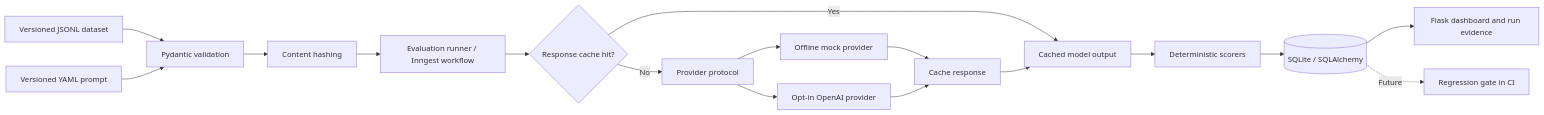
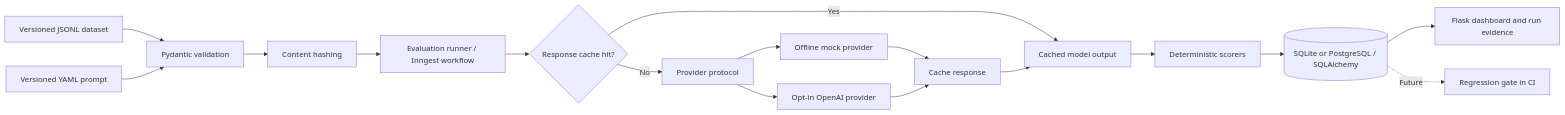
Before and after one commit to Sujay1709/evalbench-ai: the first of 3 diagrams in README.md, drawn with Mermaid. The commit also changed other lines of this file and 16 other files, not shown here.

Commit message:
feat: add secure Supabase PostgreSQL integration

````diff
--- a/README.md
+++ b/README.md
@@ -45,19 +46,19 @@
 ```mermaid
 flowchart LR
     D["Versioned JSONL dataset"] --> V["Pydantic validation"]
     P["Versioned YAML prompt"] --> V
     V --> H["Content hashing"]
     H --> R["Evaluation runner / Inngest workflow"]
     R --> C{"Response cache hit?"}
     C -- Yes --> O["Cached model output"]
     C -- No --> S["Provider protocol"]
     S --> M["Offline mock provider"]
     S --> L["Opt-in OpenAI provider"]
     M --> W["Cache response"]
     L --> W
     W --> O
     O --> E["Deterministic scorers"]
-    E --> DB[("SQLite / SQLAlchemy")]
+    E --> DB[("SQLite or PostgreSQL / SQLAlchemy")]
     DB --> UI["Flask dashboard and run evidence"]
     DB -. "Future" .-> CI["Regression gate in CI"]
 ```
````
